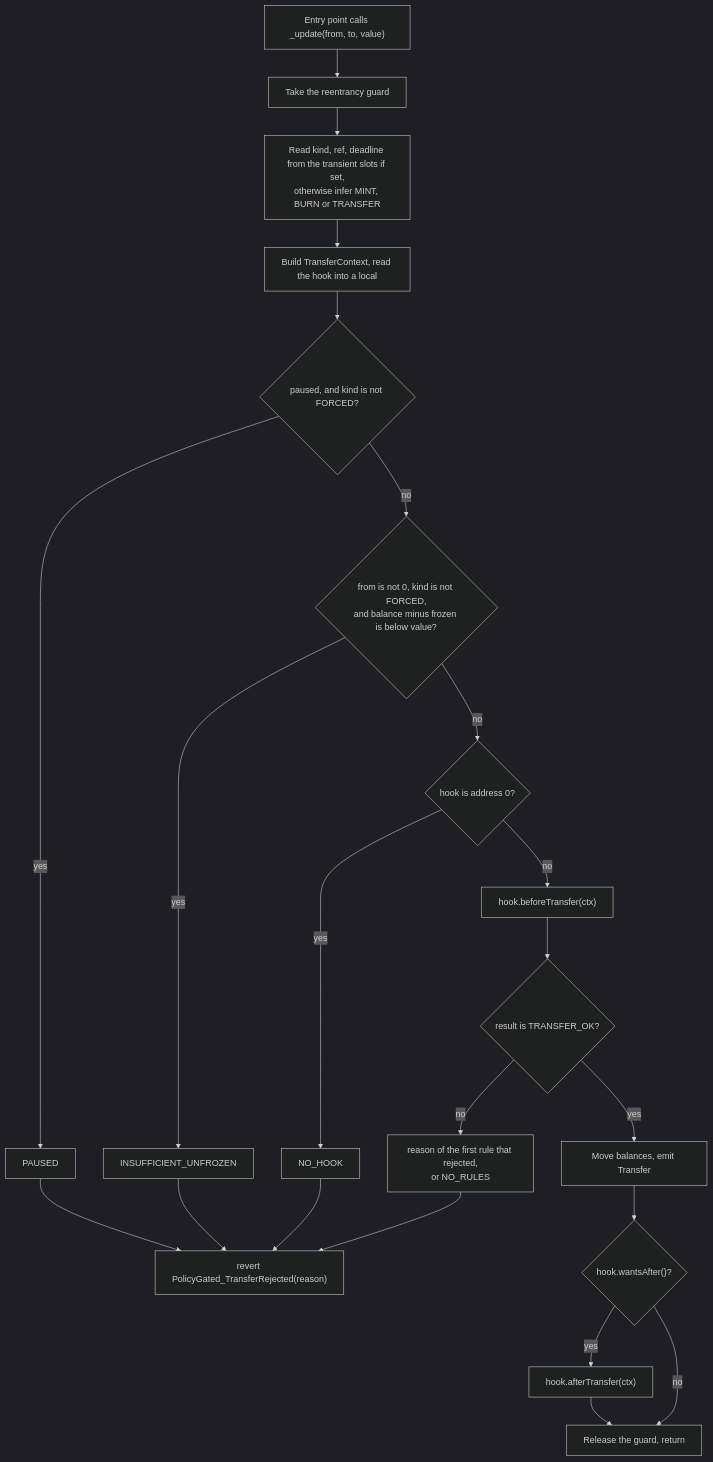
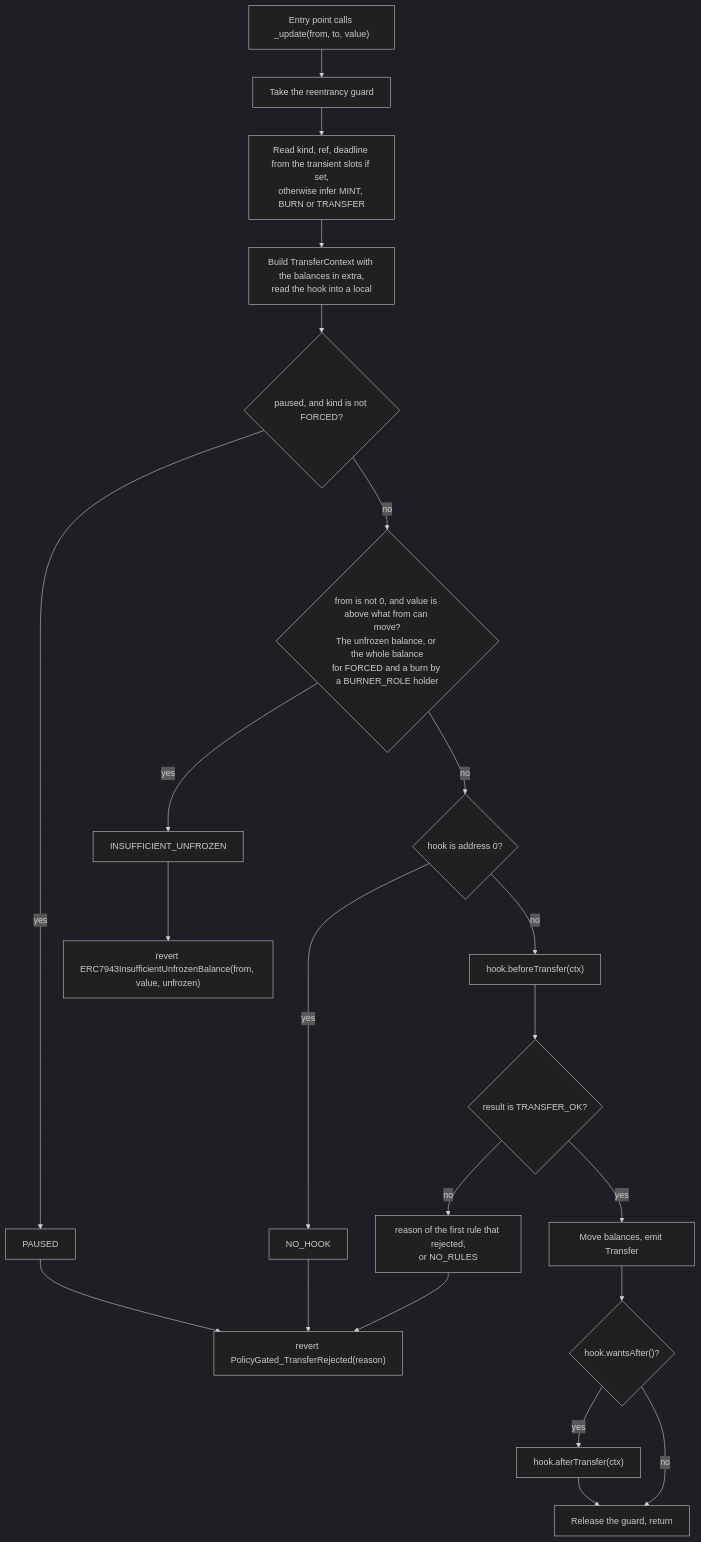
The diagram in docs/transfer-checks.md (fepvenancio/rwa-token), drawn with Mermaid (dark theme) before and after one commit. The commit also changed other lines of this file and 13 other files, not shown here.

````diff
--- a/docs/transfer-checks.md
+++ b/docs/transfer-checks.md
@@ -44,24 +46,24 @@
 ```mermaid
 flowchart TD
   A["Entry point calls _update(from, to, value)"] --> B["Take the reentrancy guard"]
   B --> C["Read kind, ref, deadline from the transient slots if set,<br/>otherwise infer MINT, BURN or TRANSFER"]
-  C --> D["Build TransferContext, read the hook into a local"]
+  C --> D["Build TransferContext with the balances in extra,<br/>read the hook into a local"]
   D --> E{"paused, and kind is not FORCED?"}
   E -->|yes| R1["PAUSED"]
-  E -->|no| F{"from is not 0, kind is not FORCED,<br/>and balance minus frozen is below value?"}
+  E -->|no| F{"from is not 0, and value is above what from can move?<br/>The unfrozen balance, or the whole balance<br/>for FORCED and a burn by a BURNER_ROLE holder"}
   F -->|yes| R2["INSUFFICIENT_UNFROZEN"]
   F -->|no| G{"hook is address 0?"}
   G -->|yes| R3["NO_HOOK"]
   G -->|no| H["hook.beforeTransfer(ctx)"]
   H --> I{"result is TRANSFER_OK?"}
   I -->|no| R4["reason of the first rule that rejected,<br/>or NO_RULES"]
   I -->|yes| J["Move balances, emit Transfer"]
   J --> K{"hook.wantsAfter()?"}
   K -->|yes| L["hook.afterTransfer(ctx)"]
   K -->|no| M["Release the guard, return"]
   L --> M
   R1 --> X["revert PolicyGated_TransferRejected(reason)"]
-  R2 --> X
+  R2 --> X2["revert ERC7943InsufficientUnfrozenBalance(from, value, unfrozen)"]
   R3 --> X
   R4 --> X
 ```
````
